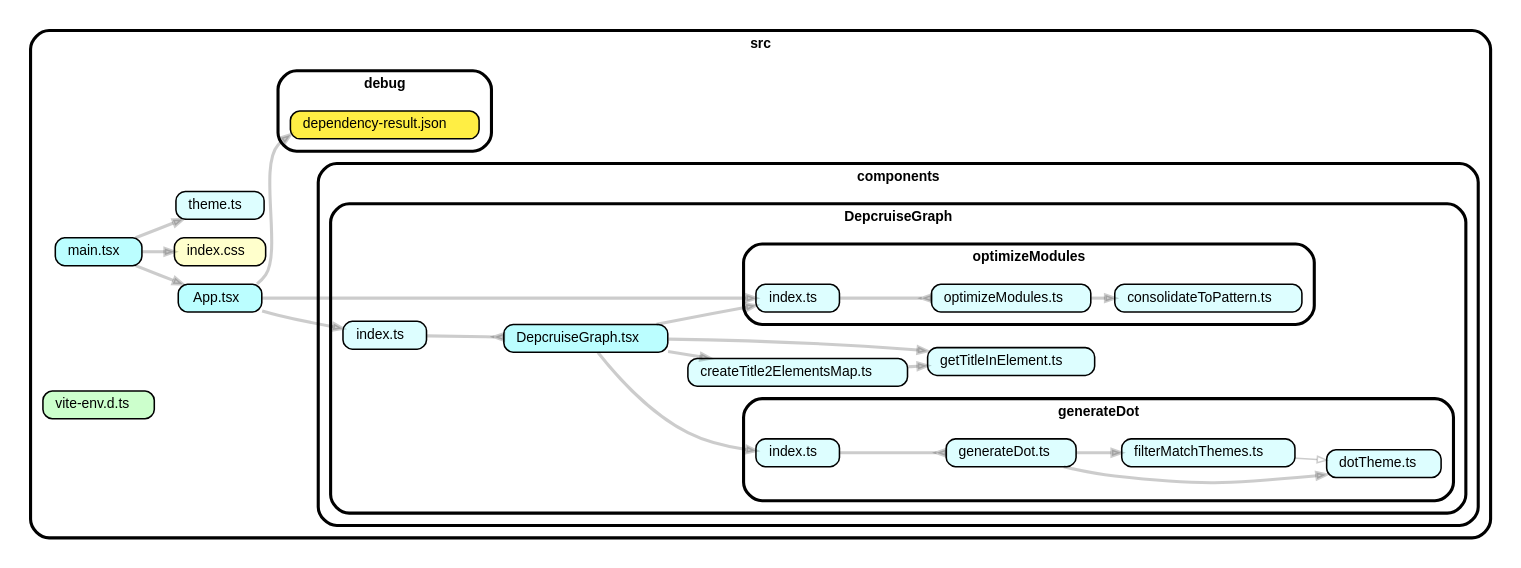
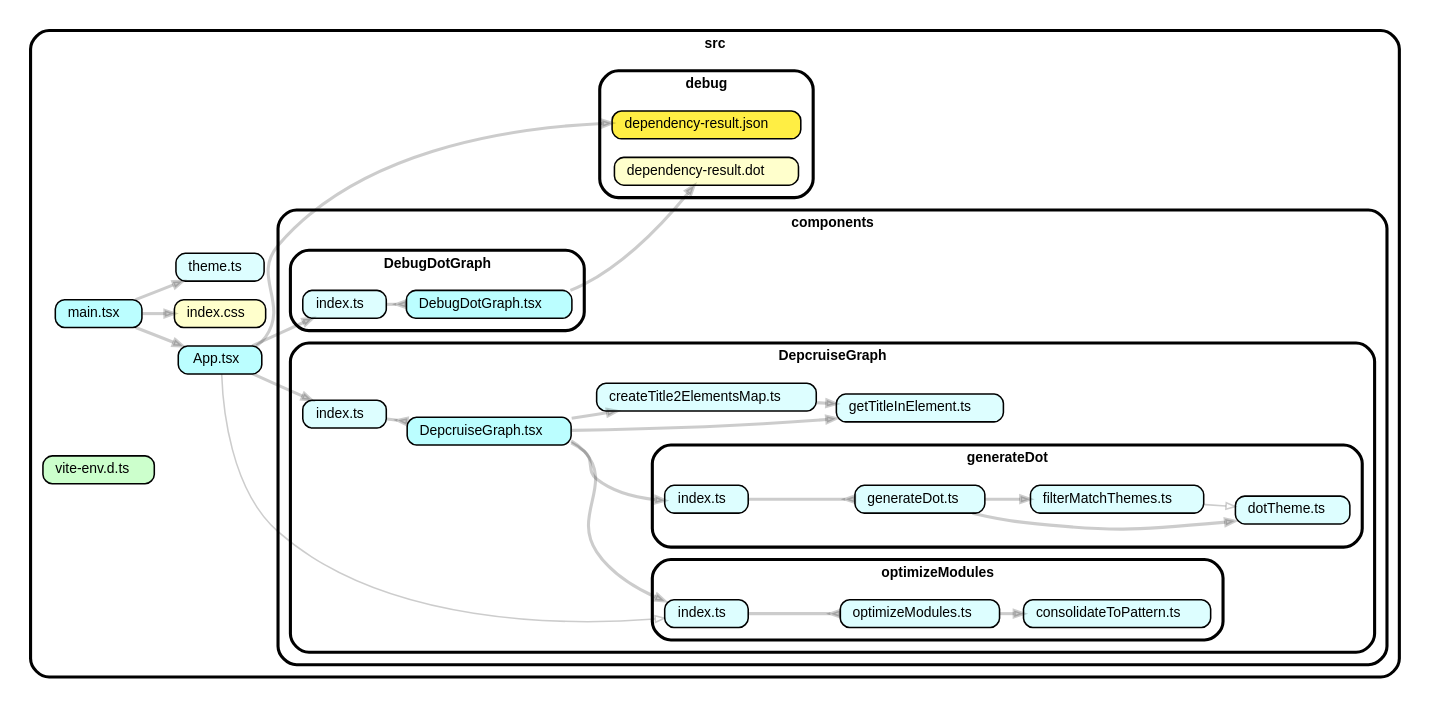
Before and after one commit to TakanoriOnuma/depcruise-visualizer: the diagram in src/debug/dependency-result.dot, drawn with Graphviz. The commit also changed 2 other files, not shown here.

```diff
--- a/src/debug/dependency-result.dot
+++ b/src/debug/dependency-result.dot
@@ -1,41 +1,47 @@
 strict digraph "dependency-cruiser output"{
     rankdir="LR" splines="true" overlap="false" nodesep="0.16" ranksep="0.18" fontname="Helvetica-bold" fontsize="9" style="rounded,bold,filled" fillcolor="#ffffff" compound="true"
     node [shape="box" style="rounded, filled" height="0.2" color="black" fillcolor="#ffffcc" fontcolor="black" fontname="Helvetica" fontsize="9"]
     edge [arrowhead="normal" arrowsize="0.6" penwidth="2.0" color="#00000033" fontname="Helvetica" fontsize="9"]
 
     subgraph "cluster_src" {label="src" "src/App.tsx" [label=<App.tsx> tooltip="App.tsx" URL="https://github.com/TakanoriOnuma/depcruise-visualizer/blob/main/src/App.tsx" fillcolor="#bbfeff"] }
+    "src/App.tsx" -> "src/components/DebugDotGraph/index.ts"
     "src/App.tsx" -> "src/components/DepcruiseGraph/index.ts"
-    "src/App.tsx" -> "src/components/DepcruiseGraph/optimizeModules/index.ts"
+    "src/App.tsx" -> "src/components/DepcruiseGraph/optimizeModules/index.ts" [arrowhead="onormal" penwidth="1.0"]
     "src/App.tsx" -> "src/debug/dependency-result.json"
+    subgraph "cluster_src" {label="src" subgraph "cluster_src/components" {label="components" subgraph "cluster_src/components/DebugDotGraph" {label="DebugDotGraph" "src/components/DebugDotGraph/DebugDotGraph.tsx" [label=<DebugDotGraph.tsx> tooltip="DebugDotGraph.tsx" URL="https://github.com/TakanoriOnuma/depcruise-visualizer/blob/main/src/components/DebugDotGraph/DebugDotGraph.tsx" fillcolor="#bbfeff"] } } }
+    "src/components/DebugDotGraph/DebugDotGraph.tsx" -> "src/debug/dependency-result.dot"
+    subgraph "cluster_src" {label="src" subgraph "cluster_src/components" {label="components" subgraph "cluster_src/components/DebugDotGraph" {label="DebugDotGraph" "src/components/DebugDotGraph/index.ts" [label=<index.ts> tooltip="index.ts" URL="https://github.com/TakanoriOnuma/depcruise-visualizer/blob/main/src/components/DebugDotGraph/index.ts" fillcolor="#ddfeff"] } } }
+    "src/components/DebugDotGraph/index.ts" -> "src/components/DebugDotGraph/DebugDotGraph.tsx" [arrowhead="inv"]
     subgraph "cluster_src" {label="src" subgraph "cluster_src/components" {label="components" subgraph "cluster_src/components/DepcruiseGraph" {label="DepcruiseGraph" "src/components/DepcruiseGraph/DepcruiseGraph.tsx" [label=<DepcruiseGraph.tsx> tooltip="DepcruiseGraph.tsx" URL="https://github.com/TakanoriOnuma/depcruise-visualizer/blob/main/src/components/DepcruiseGraph/DepcruiseGraph.tsx" fillcolor="#bbfeff"] } } }
     "src/components/DepcruiseGraph/DepcruiseGraph.tsx" -> "src/components/DepcruiseGraph/createTitle2ElementsMap.ts"
     "src/components/DepcruiseGraph/DepcruiseGraph.tsx" -> "src/components/DepcruiseGraph/generateDot/index.ts"
     "src/components/DepcruiseGraph/DepcruiseGraph.tsx" -> "src/components/DepcruiseGraph/getTitleInElement.ts"
     "src/components/DepcruiseGraph/DepcruiseGraph.tsx" -> "src/components/DepcruiseGraph/optimizeModules/index.ts"
     subgraph "cluster_src" {label="src" subgraph "cluster_src/components" {label="components" subgraph "cluster_src/components/DepcruiseGraph" {label="DepcruiseGraph" "src/components/DepcruiseGraph/createTitle2ElementsMap.ts" [label=<createTitle2ElementsMap.ts> tooltip="createTitle2ElementsMap.ts" URL="https://github.com/TakanoriOnuma/depcruise-visualizer/blob/main/src/components/DepcruiseGraph/createTitle2ElementsMap.ts" fillcolor="#ddfeff"] } } }
     "src/components/DepcruiseGraph/createTitle2ElementsMap.ts" -> "src/components/DepcruiseGraph/getTitleInElement.ts"
     subgraph "cluster_src" {label="src" subgraph "cluster_src/components" {label="components" subgraph "cluster_src/components/DepcruiseGraph" {label="DepcruiseGraph" subgraph "cluster_src/components/DepcruiseGraph/generateDot" {label="generateDot" "src/components/DepcruiseGraph/generateDot/dotTheme.ts" [label=<dotTheme.ts> tooltip="dotTheme.ts" URL="https://github.com/TakanoriOnuma/depcruise-visualizer/blob/main/src/components/DepcruiseGraph/generateDot/dotTheme.ts" fillcolor="#ddfeff"] } } } }
     subgraph "cluster_src" {label="src" subgraph "cluster_src/components" {label="components" subgraph "cluster_src/components/DepcruiseGraph" {label="DepcruiseGraph" subgraph "cluster_src/components/DepcruiseGraph/generateDot" {label="generateDot" "src/components/DepcruiseGraph/generateDot/filterMatchThemes.ts" [label=<filterMatchThemes.ts> tooltip="filterMatchThemes.ts" URL="https://github.com/TakanoriOnuma/depcruise-visualizer/blob/main/src/components/DepcruiseGraph/generateDot/filterMatchThemes.ts" fillcolor="#ddfeff"] } } } }
     "src/components/DepcruiseGraph/generateDot/filterMatchThemes.ts" -> "src/components/DepcruiseGraph/generateDot/dotTheme.ts" [arrowhead="onormal" penwidth="1.0"]
     subgraph "cluster_src" {label="src" subgraph "cluster_src/components" {label="components" subgraph "cluster_src/components/DepcruiseGraph" {label="DepcruiseGraph" subgraph "cluster_src/components/DepcruiseGraph/generateDot" {label="generateDot" "src/components/DepcruiseGraph/generateDot/generateDot.ts" [label=<generateDot.ts> tooltip="generateDot.ts" URL="https://github.com/TakanoriOnuma/depcruise-visualizer/blob/main/src/components/DepcruiseGraph/generateDot/generateDot.ts" fillcolor="#ddfeff"] } } } }
     "src/components/DepcruiseGraph/generateDot/generateDot.ts" -> "src/components/DepcruiseGraph/generateDot/dotTheme.ts"
     "src/components/DepcruiseGraph/generateDot/generateDot.ts" -> "src/components/DepcruiseGraph/generateDot/filterMatchThemes.ts"
     subgraph "cluster_src" {label="src" subgraph "cluster_src/components" {label="components" subgraph "cluster_src/components/DepcruiseGraph" {label="DepcruiseGraph" subgraph "cluster_src/components/DepcruiseGraph/generateDot" {label="generateDot" "src/components/DepcruiseGraph/generateDot/index.ts" [label=<index.ts> tooltip="index.ts" URL="https://github.com/TakanoriOnuma/depcruise-visualizer/blob/main/src/components/DepcruiseGraph/generateDot/index.ts" fillcolor="#ddfeff"] } } } }
     "src/components/DepcruiseGraph/generateDot/index.ts" -> "src/components/DepcruiseGraph/generateDot/generateDot.ts" [arrowhead="inv"]
     subgraph "cluster_src" {label="src" subgraph "cluster_src/components" {label="components" subgraph "cluster_src/components/DepcruiseGraph" {label="DepcruiseGraph" "src/components/DepcruiseGraph/getTitleInElement.ts" [label=<getTitleInElement.ts> tooltip="getTitleInElement.ts" URL="https://github.com/TakanoriOnuma/depcruise-visualizer/blob/main/src/components/DepcruiseGraph/getTitleInElement.ts" fillcolor="#ddfeff"] } } }
     subgraph "cluster_src" {label="src" subgraph "cluster_src/components" {label="components" subgraph "cluster_src/components/DepcruiseGraph" {label="DepcruiseGraph" "src/components/DepcruiseGraph/index.ts" [label=<index.ts> tooltip="index.ts" URL="https://github.com/TakanoriOnuma/depcruise-visualizer/blob/main/src/components/DepcruiseGraph/index.ts" fillcolor="#ddfeff"] } } }
     "src/components/DepcruiseGraph/index.ts" -> "src/components/DepcruiseGraph/DepcruiseGraph.tsx" [arrowhead="inv"]
     subgraph "cluster_src" {label="src" subgraph "cluster_src/components" {label="components" subgraph "cluster_src/components/DepcruiseGraph" {label="DepcruiseGraph" subgraph "cluster_src/components/DepcruiseGraph/optimizeModules" {label="optimizeModules" "src/components/DepcruiseGraph/optimizeModules/consolidateToPattern.ts" [label=<consolidateToPattern.ts> tooltip="consolidateToPattern.ts" URL="https://github.com/TakanoriOnuma/depcruise-visualizer/blob/main/src/components/DepcruiseGraph/optimizeModules/consolidateToPattern.ts" fillcolor="#ddfeff"] } } } }
     subgraph "cluster_src" {label="src" subgraph "cluster_src/components" {label="components" subgraph "cluster_src/components/DepcruiseGraph" {label="DepcruiseGraph" subgraph "cluster_src/components/DepcruiseGraph/optimizeModules" {label="optimizeModules" "src/components/DepcruiseGraph/optimizeModules/index.ts" [label=<index.ts> tooltip="index.ts" URL="https://github.com/TakanoriOnuma/depcruise-visualizer/blob/main/src/components/DepcruiseGraph/optimizeModules/index.ts" fillcolor="#ddfeff"] } } } }
     "src/components/DepcruiseGraph/optimizeModules/index.ts" -> "src/components/DepcruiseGraph/optimizeModules/optimizeModules.ts" [arrowhead="inv"]
     subgraph "cluster_src" {label="src" subgraph "cluster_src/components" {label="components" subgraph "cluster_src/components/DepcruiseGraph" {label="DepcruiseGraph" subgraph "cluster_src/components/DepcruiseGraph/optimizeModules" {label="optimizeModules" "src/components/DepcruiseGraph/optimizeModules/optimizeModules.ts" [label=<optimizeModules.ts> tooltip="optimizeModules.ts" URL="https://github.com/TakanoriOnuma/depcruise-visualizer/blob/main/src/components/DepcruiseGraph/optimizeModules/optimizeModules.ts" fillcolor="#ddfeff"] } } } }
     "src/components/DepcruiseGraph/optimizeModules/optimizeModules.ts" -> "src/components/DepcruiseGraph/optimizeModules/consolidateToPattern.ts"
+    subgraph "cluster_src" {label="src" subgraph "cluster_src/debug" {label="debug" "src/debug/dependency-result.dot" [label=<dependency-result.dot> tooltip="dependency-result.dot" URL="https://github.com/TakanoriOnuma/depcruise-visualizer/blob/main/src/debug/dependency-result.dot" ] } }
     subgraph "cluster_src" {label="src" subgraph "cluster_src/debug" {label="debug" "src/debug/dependency-result.json" [label=<dependency-result.json> tooltip="dependency-result.json" URL="https://github.com/TakanoriOnuma/depcruise-visualizer/blob/main/src/debug/dependency-result.json" fillcolor="#ffee44"] } }
     subgraph "cluster_src" {label="src" "src/index.css" [label=<index.css> tooltip="index.css" URL="https://github.com/TakanoriOnuma/depcruise-visualizer/blob/main/src/index.css" ] }
     subgraph "cluster_src" {label="src" "src/main.tsx" [label=<main.tsx> tooltip="main.tsx" URL="https://github.com/TakanoriOnuma/depcruise-visualizer/blob/main/src/main.tsx" fillcolor="#bbfeff"] }
     "src/main.tsx" -> "src/App.tsx"
     "src/main.tsx" -> "src/index.css"
     "src/main.tsx" -> "src/theme.ts"
     subgraph "cluster_src" {label="src" "src/theme.ts" [label=<theme.ts> tooltip="theme.ts" URL="https://github.com/TakanoriOnuma/depcruise-visualizer/blob/main/src/theme.ts" fillcolor="#ddfeff"] }
     subgraph "cluster_src" {label="src" "src/vite-env.d.ts" [label=<vite-env.d.ts> tooltip="vite-env.d.ts" URL="https://github.com/TakanoriOnuma/depcruise-visualizer/blob/main/src/vite-env.d.ts" fillcolor="#ccffcc"] }
 }
```
